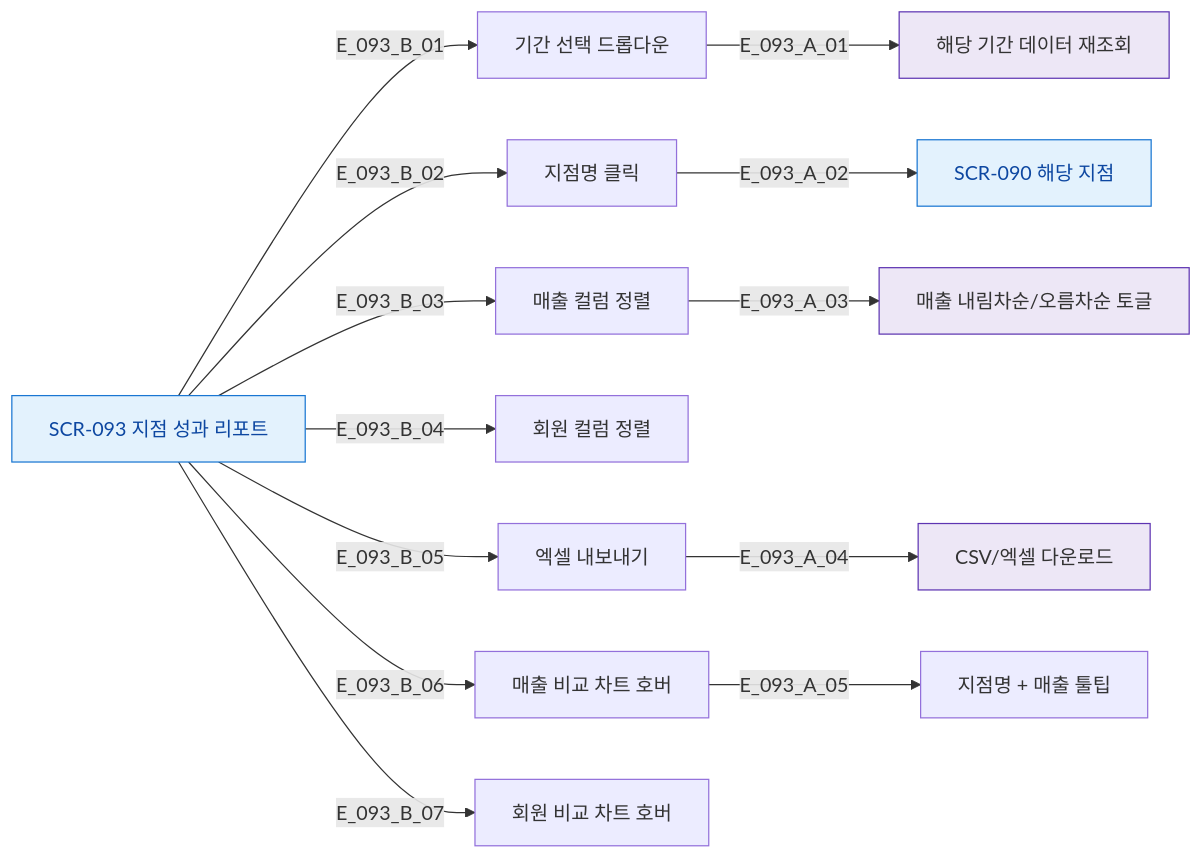
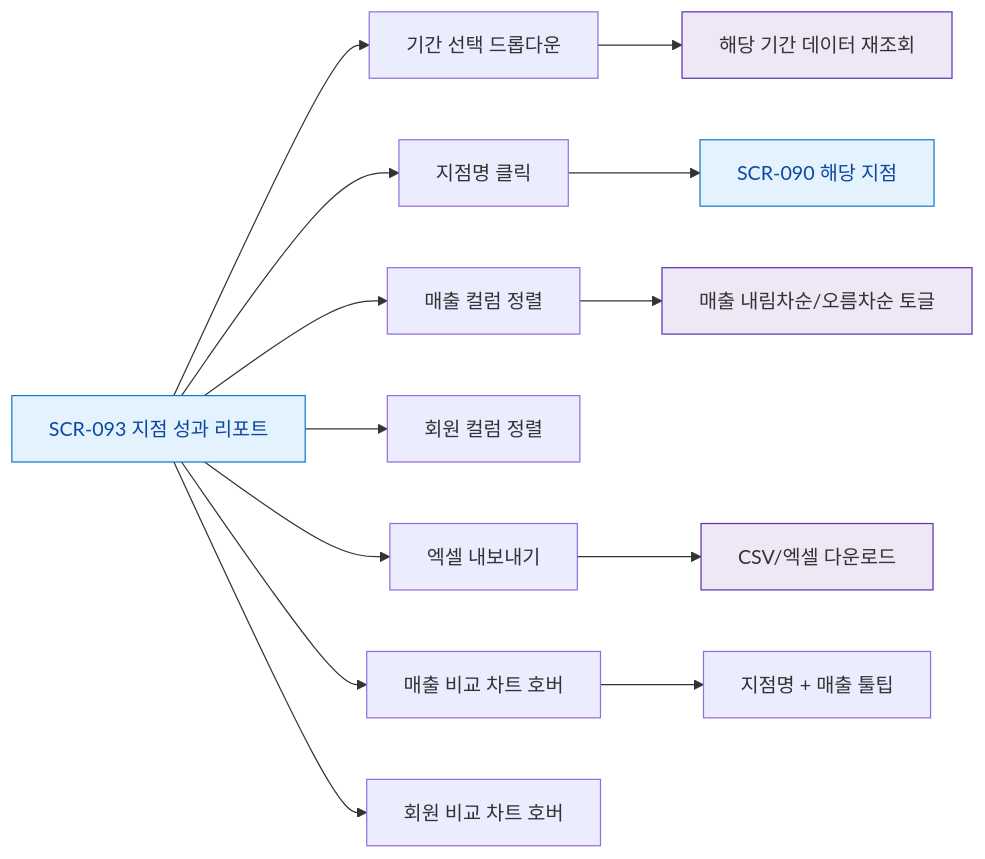
One commit to dev-spogym/admin-pando changed the diagram in docs/다이어그램/D10_본사관리/SCR-093_지점성과리포트/F3_버튼액션.md. Above: the diagram before and after it, drawn with Mermaid. The commit also changed other lines of this file and 1660 other files, not shown here.

First line of the commit message:
다이어그램: 기획자/클라이언트 납품본으로 정리

````diff
--- a/docs/다이어그램/D10_본사관리/SCR-093_지점성과리포트/F3_버튼액션.md
+++ b/docs/다이어그램/D10_본사관리/SCR-093_지점성과리포트/F3_버튼액션.md
@@ -14,24 +12,24 @@
 ```mermaid
 flowchart LR
   SCR_093[SCR-093 지점 성과 리포트]
 
-  SCR_093 -->|E_093_B_01| BTN_PERIOD[기간 선택 드롭다운]
-  SCR_093 -->|E_093_B_02| BTN_BRANCH_NAME[지점명 클릭]
-  SCR_093 -->|E_093_B_03| BTN_SORT_REV[매출 컬럼 정렬]
-  SCR_093 -->|E_093_B_04| BTN_SORT_MEM[회원 컬럼 정렬]
-  SCR_093 -->|E_093_B_05| BTN_EXCEL[엑셀 내보내기]
-  SCR_093 -->|E_093_B_06| BTN_CHART_REV[매출 비교 차트 호버]
-  SCR_093 -->|E_093_B_07| BTN_CHART_MEM[회원 비교 차트 호버]
+  SCR_093 --> BTN_PERIOD[기간 선택 드롭다운]
+  SCR_093 --> BTN_BRANCH_NAME[지점명 클릭]
+  SCR_093 --> BTN_SORT_REV[매출 컬럼 정렬]
+  SCR_093 --> BTN_SORT_MEM[회원 컬럼 정렬]
+  SCR_093 --> BTN_EXCEL[엑셀 내보내기]
+  SCR_093 --> BTN_CHART_REV[매출 비교 차트 호버]
+  SCR_093 --> BTN_CHART_MEM[회원 비교 차트 호버]
 
-  BTN_PERIOD -->|E_093_A_01| ACT_LOAD[해당 기간 데이터 재조회]
-  BTN_BRANCH_NAME -->|E_093_A_02| SCR_090[SCR-090 해당 지점]
-  BTN_SORT_REV -->|E_093_A_03| ACT_SORT[매출 내림차순/오름차순 토글]
-  BTN_EXCEL -->|E_093_A_04| ACT_EXCEL[CSV/엑셀 다운로드]
-  BTN_CHART_REV -->|E_093_A_05| TOOLTIP[지점명 + 매출 툴팁]
+  BTN_PERIOD --> ACT_LOAD[해당 기간 데이터 재조회]
+  BTN_BRANCH_NAME --> SCR_090[SCR-090 해당 지점]
+  BTN_SORT_REV --> ACT_SORT[매출 내림차순/오름차순 토글]
+  BTN_EXCEL --> ACT_EXCEL[CSV/엑셀 다운로드]
+  BTN_CHART_REV --> TOOLTIP[지점명 + 매출 툴팁]
 
   classDef screen fill:#E3F2FD,stroke:#1976D2,color:#0D47A1
   classDef system fill:#EDE7F6,stroke:#5E35B2
 
   class SCR_093,SCR_090 screen
   class ACT_LOAD,ACT_SORT,ACT_EXCEL system
 ```
````
